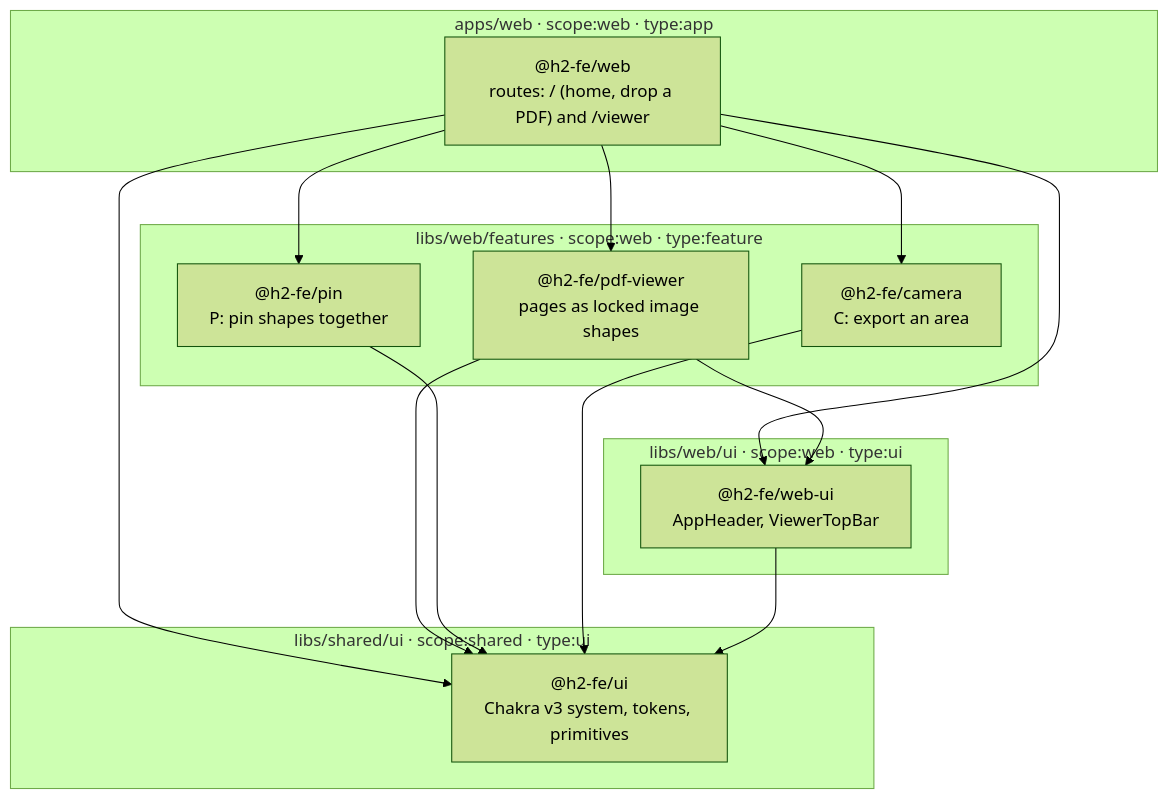
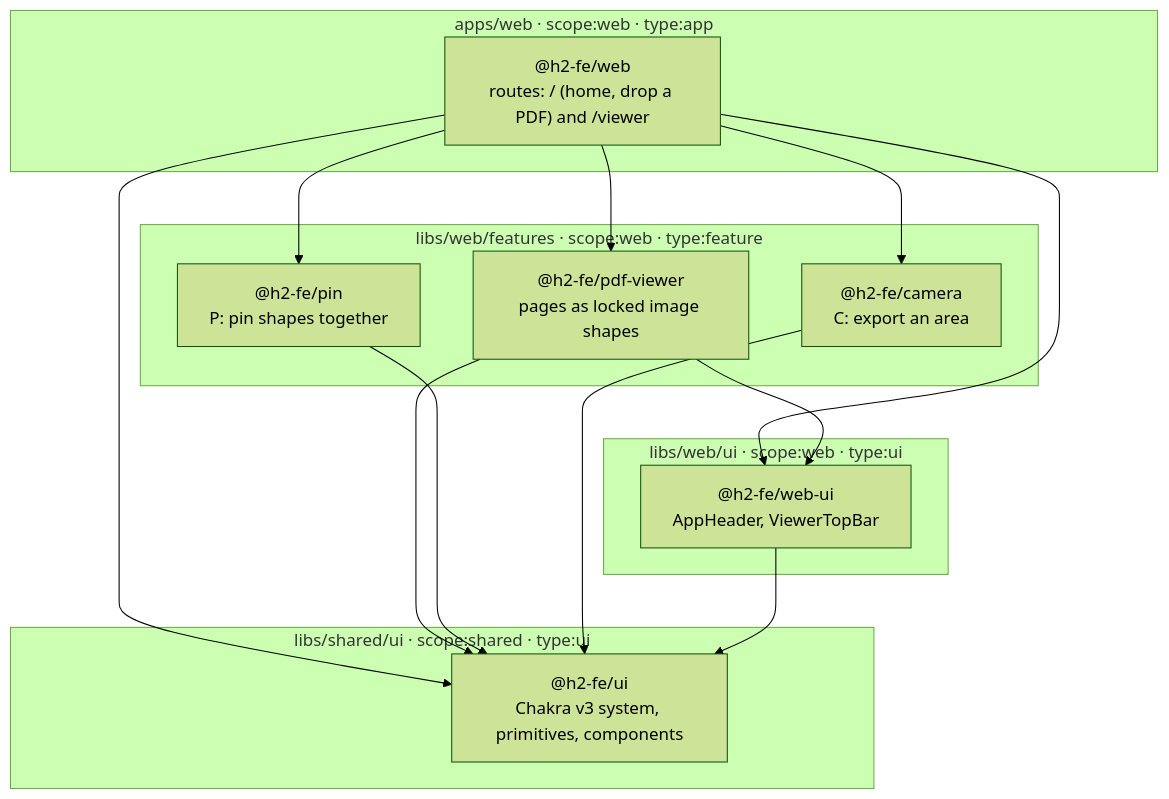
One commit to effinrich/h2-fe-assessment changed the diagram in README.md. Above: the diagram before and after it, drawn with Mermaid (forest theme). The commit also changed other lines of this file and 136 other files, not shown here.

````diff
--- a/README.md
+++ b/README.md
@@ -11,21 +11,21 @@
 ```mermaid
 flowchart TB
   subgraph app["apps/web · scope:web · type:app"]
     web["@h2-fe/web<br/>routes: / (home, drop a PDF) and /viewer"]
   end
   subgraph features["libs/web/features · scope:web · type:feature"]
     pdf["@h2-fe/pdf-viewer<br/>pages as locked image shapes"]
     pin["@h2-fe/pin<br/>P: pin shapes together"]
     camera["@h2-fe/camera<br/>C: export an area"]
   end
   subgraph webui["libs/web/ui · scope:web · type:ui"]
     wui["@h2-fe/web-ui<br/>AppHeader, ViewerTopBar"]
   end
   subgraph shared["libs/shared/ui · scope:shared · type:ui"]
-    ui["@h2-fe/ui<br/>Chakra v3 system, tokens, primitives"]
+    ui["@h2-fe/ui<br/>Chakra v3 system, primitives, components"]
   end
   web --> pdf & pin & camera & wui & ui
   pdf --> wui
   pdf & pin & camera --> ui
   wui --> ui
 ```
````
